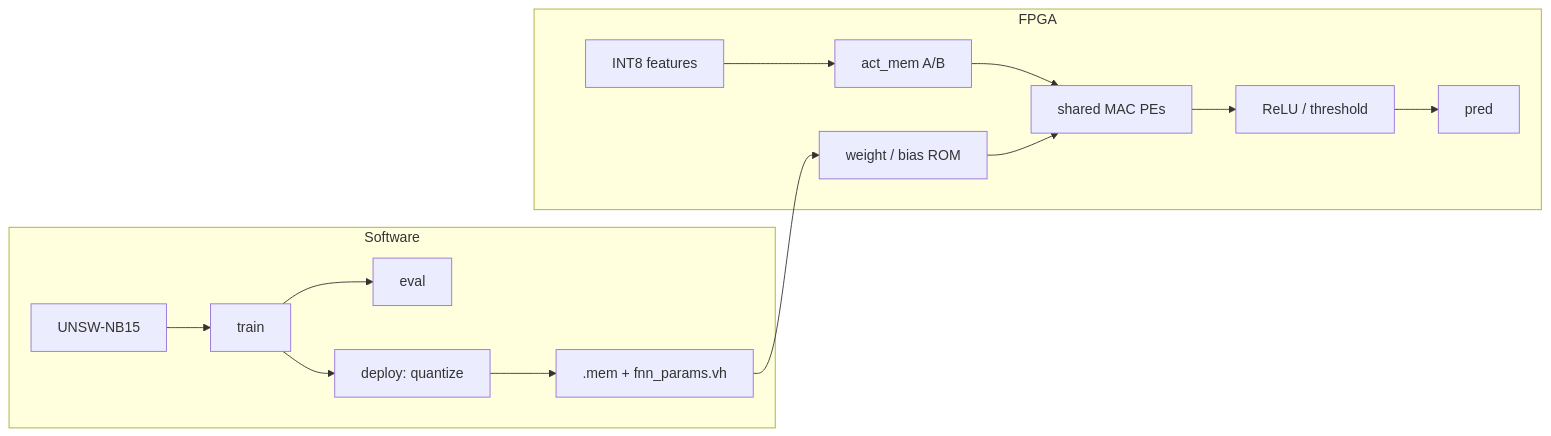
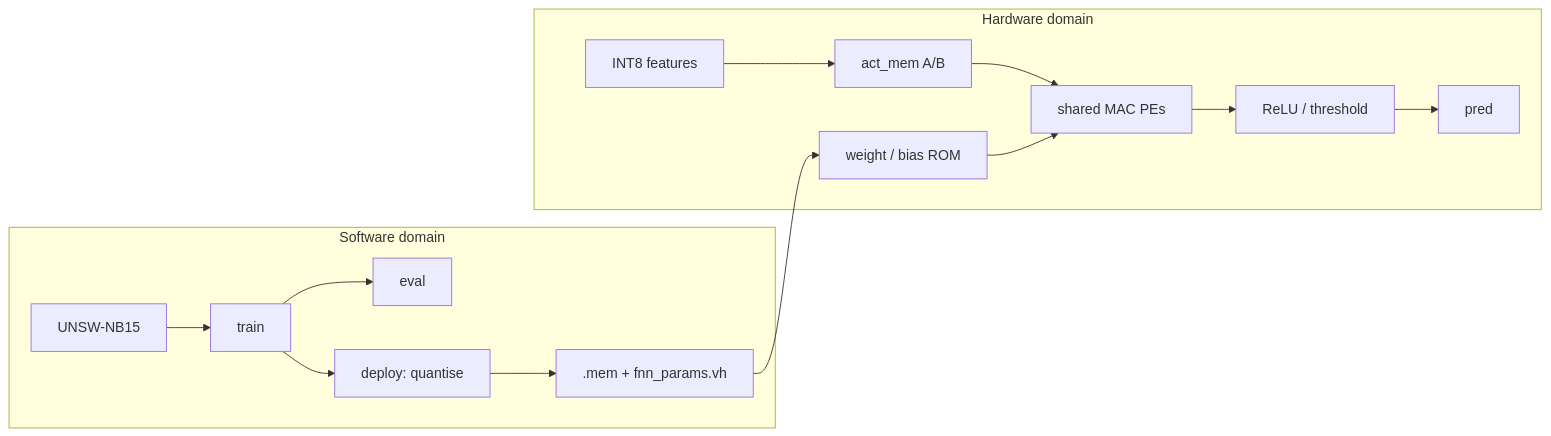
Before and after one commit to surajkarki66/FPGA-Accelerated-Network-Intrusion-Detection: the first of 3 diagrams in docs/architecture.md, drawn with Mermaid. The commit also changed other lines of this file and 16 other files, not shown here.

````diff
--- a/docs/architecture.md
+++ b/docs/architecture.md
@@ -8,18 +32,18 @@
 ```mermaid
 flowchart LR
-  subgraph SW["Software"]
+  subgraph SW["Software domain"]
     D[UNSW-NB15] --> T[train]
     T --> E[eval]
-    T --> Q[deploy: quantize]
+    T --> Q[deploy: quantise]
     Q --> MEM[".mem + fnn_params.vh"]
   end
 
-  subgraph HW["FPGA"]
+  subgraph HW["Hardware domain"]
     MEM --> ROM[weight / bias ROM]
     F[INT8 features] --> ACT[act_mem A/B]
     ACT --> PE[shared MAC PEs]
     ROM --> PE
     PE --> OUT[ReLU / threshold]
     OUT --> P[pred]
   end
 ```
````
